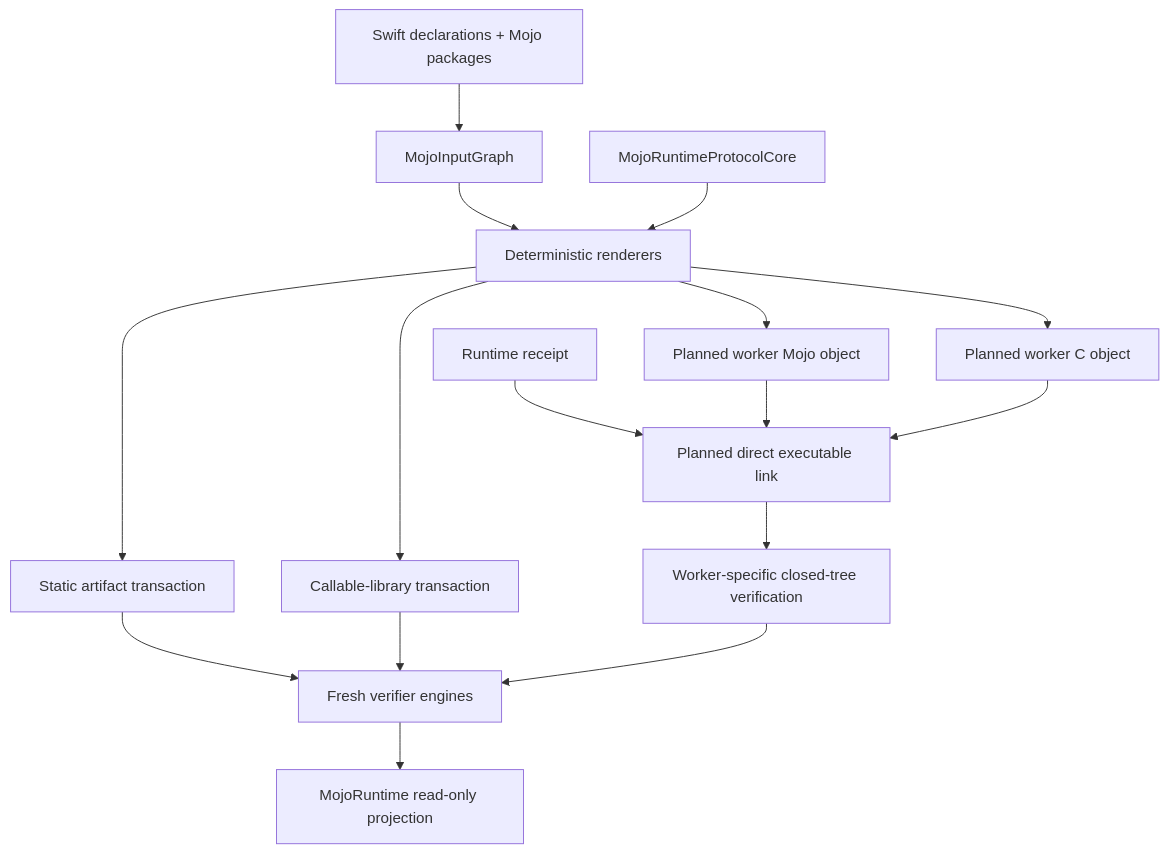
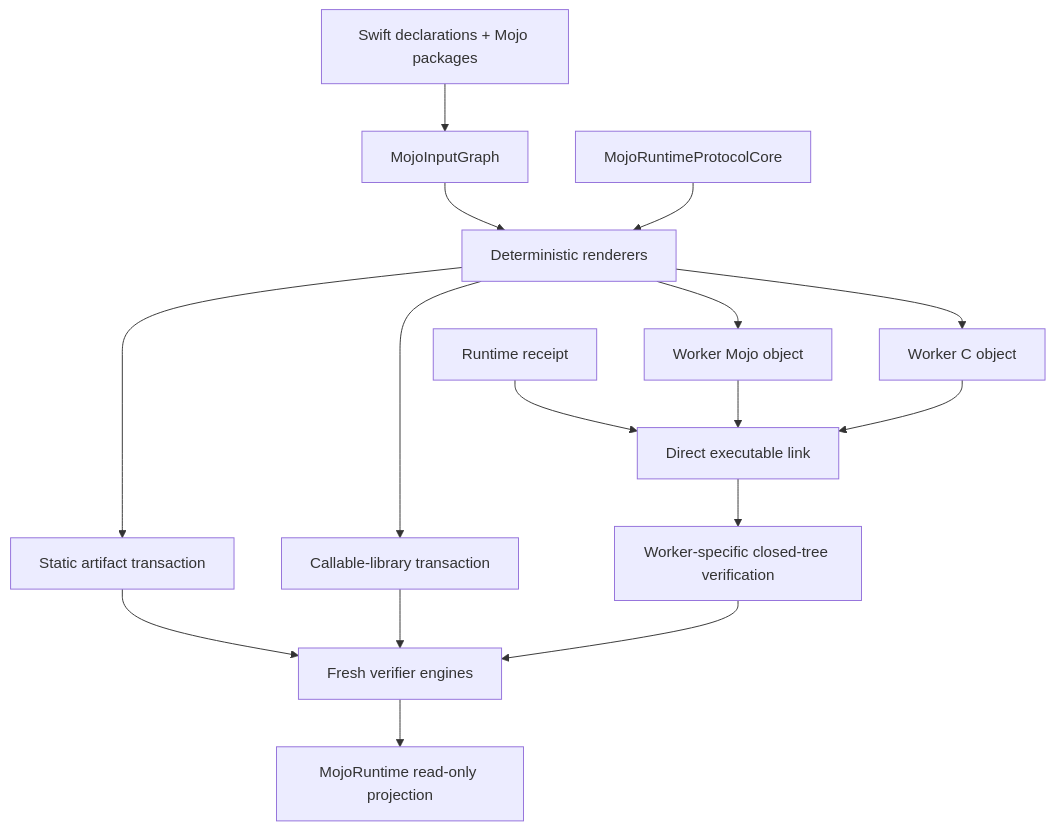
One commit to 1amageek/swift-mojo changed the diagram in Sources/MojoArtifactCore/DESIGN.md. Above: the diagram before and after it, drawn with Mermaid. The commit also changed other lines of this file and 42 other files, not shown here.

Commit message:
Build verified runtime worker bundles

````diff
--- a/Sources/MojoArtifactCore/DESIGN.md
+++ b/Sources/MojoArtifactCore/DESIGN.md
@@ -42,18 +42,18 @@
 ```mermaid
 flowchart TB
     S["Swift declarations + Mojo packages"] --> G["MojoInputGraph"]
     G --> R["Deterministic renderers"]
     P["MojoRuntimeProtocolCore"] --> R
     R --> SA["Static artifact transaction"]
     R --> CA["Callable-library transaction"]
-    R --> WM["Planned worker Mojo object"]
-    R --> WC["Planned worker C object"]
-    RR["Runtime receipt"] --> WL["Planned direct executable link"]
+    R --> WM["Worker Mojo object"]
+    R --> WC["Worker C object"]
+    RR["Runtime receipt"] --> WL["Direct executable link"]
     WM --> WL
     WC --> WL
     WL --> WV["Worker-specific closed-tree verification"]
     SA --> V["Fresh verifier engines"]
     CA --> V
     WV --> V
     V --> MR["MojoRuntime read-only projection"]
 ```
````
